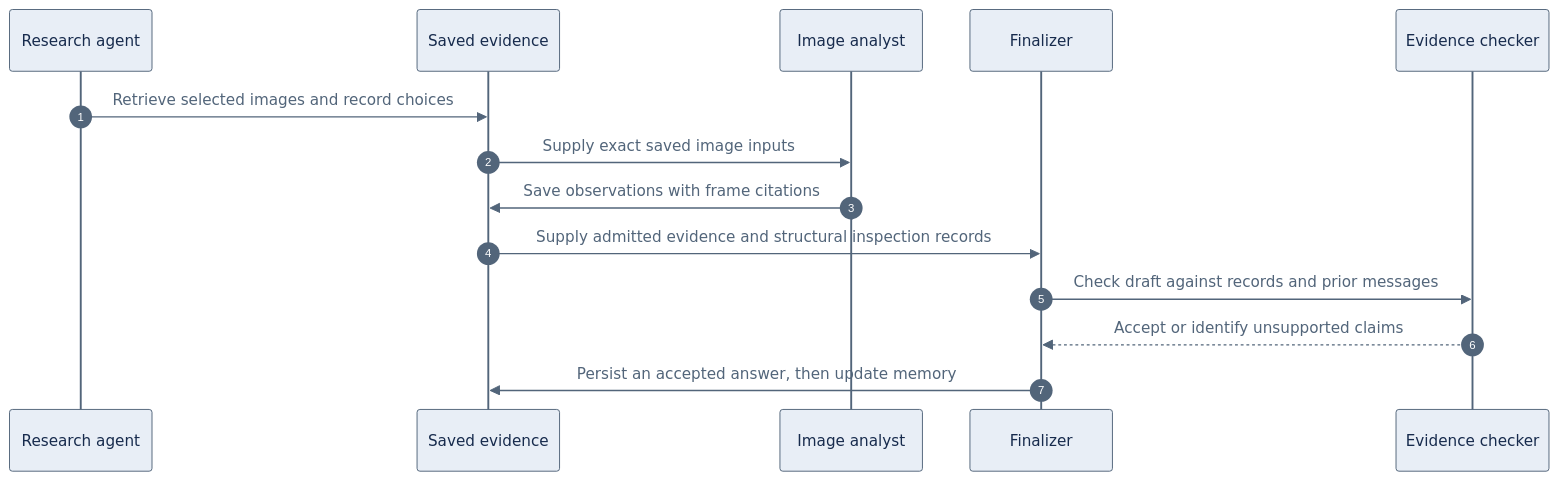
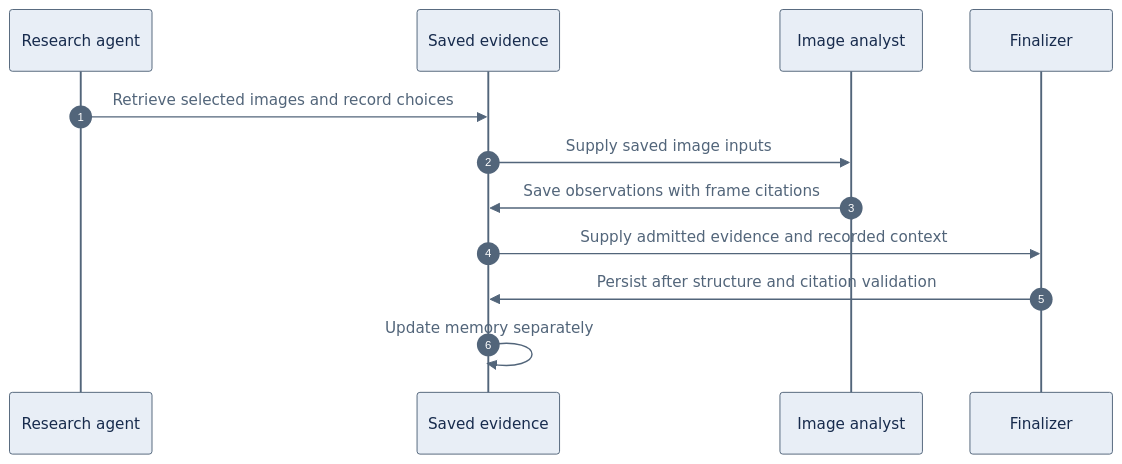
The diagram in reference/engineering/AGENT_VISUAL_INSPECTION.md (devhims/video2ctx), drawn with Mermaid before and after one commit. The commit also changed other lines of this file and 20 other files, not shown here.

````diff
--- a/reference/engineering/AGENT_VISUAL_INSPECTION.md
+++ b/reference/engineering/AGENT_VISUAL_INSPECTION.md
@@ -13,17 +15,15 @@
 ```mermaid
 %%{init: {'theme': 'base', 'themeVariables': {'actorBkg': '#e8eef6', 'actorTextColor': '#172b4d', 'actorBorder': '#52657a', 'signalColor': '#52657a', 'signalTextColor': '#52657a', 'labelBoxBkgColor': '#172b4d', 'labelTextColor': '#ffffff', 'sequenceNumberColor': '#ffffff'}}}%%
 sequenceDiagram
     autonumber
     participant R as Research agent
     participant S as Saved evidence
     participant A as Image analyst
     participant F as Finalizer
-    participant C as Evidence checker
     R->>S: Retrieve selected images and record choices
-    S->>A: Supply exact saved image inputs
+    S->>A: Supply saved image inputs
     A->>S: Save observations with frame citations
-    S->>F: Supply admitted evidence and structural inspection records
-    F->>C: Check draft against records and prior messages
-    C-->>F: Accept or identify unsupported claims
-    F->>S: Persist an accepted answer, then update memory
+    S->>F: Supply admitted evidence and recorded context
+    F->>S: Persist after structure and citation validation
+    S->>S: Update memory separately
 ```
````
